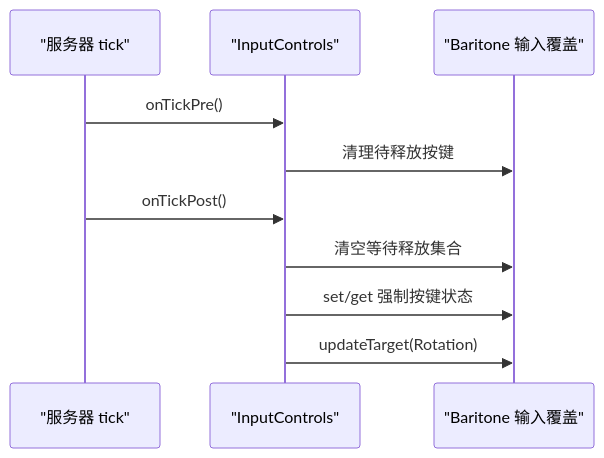
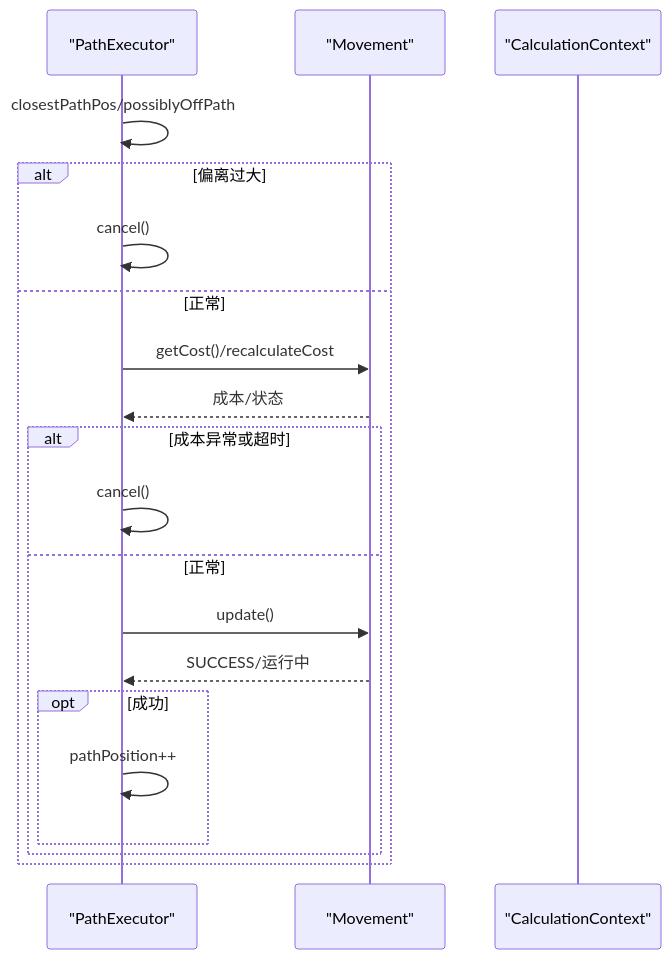
The fifth of 8 diagrams in .qoder/repowiki/zh/content/路径规划系统/路径规划系统.md (wjartpix/minecraft_ai_play2npc), drawn with Mermaid before and after one commit. The commit also changed other lines of this file and 188 other files, not shown here.

````diff
--- a/.qoder/repowiki/zh/content/路径规划系统/路径规划系统.md
+++ b/.qoder/repowiki/zh/content/路径规划系统/路径规划系统.md
@@ -258,12 +240,22 @@
 ```mermaid
 sequenceDiagram
-participant Tick as "服务器 tick"
-participant IC as "InputControls"
-participant BH as "Baritone 输入覆盖"
-Tick->>IC : onTickPre()
-IC->>BH : 清理待释放按键
-Tick->>IC : onTickPost()
-IC->>BH : 清空等待释放集合
-IC->>BH : set/get 强制按键状态
-IC->>BH : updateTarget(Rotation)
+participant PE as "PathExecutor"
+participant MV as "Movement"
+participant Ctx as "CalculationContext"
+PE->>PE : closestPathPos/possiblyOffPath
+alt 偏离过大
+PE->>PE : cancel()
+else 正常
+PE->>MV : getCost()/recalculateCost
+MV-->>PE : 成本/状态
+alt 成本异常或超时
+PE->>PE : cancel()
+else 正常
+PE->>MV : update()
+MV-->>PE : SUCCESS/运行中
+opt 成功
+PE->>PE : pathPosition++
+end
+end
+end
 ```
````
